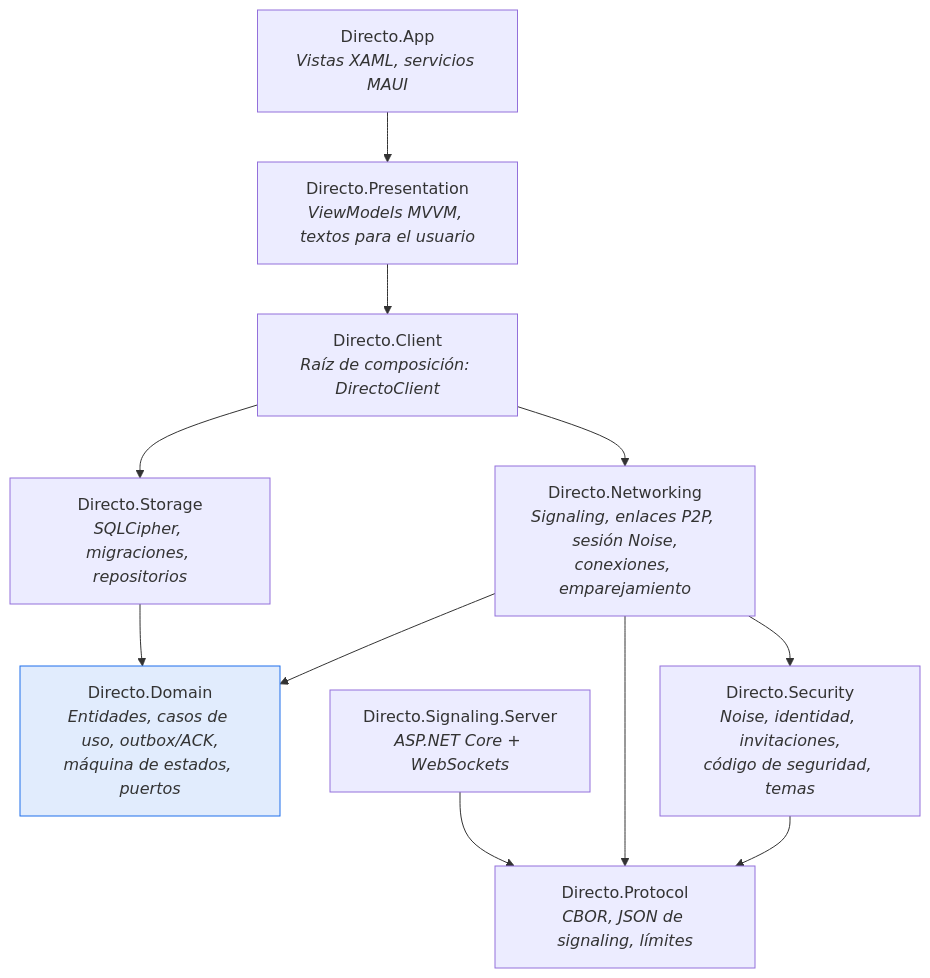
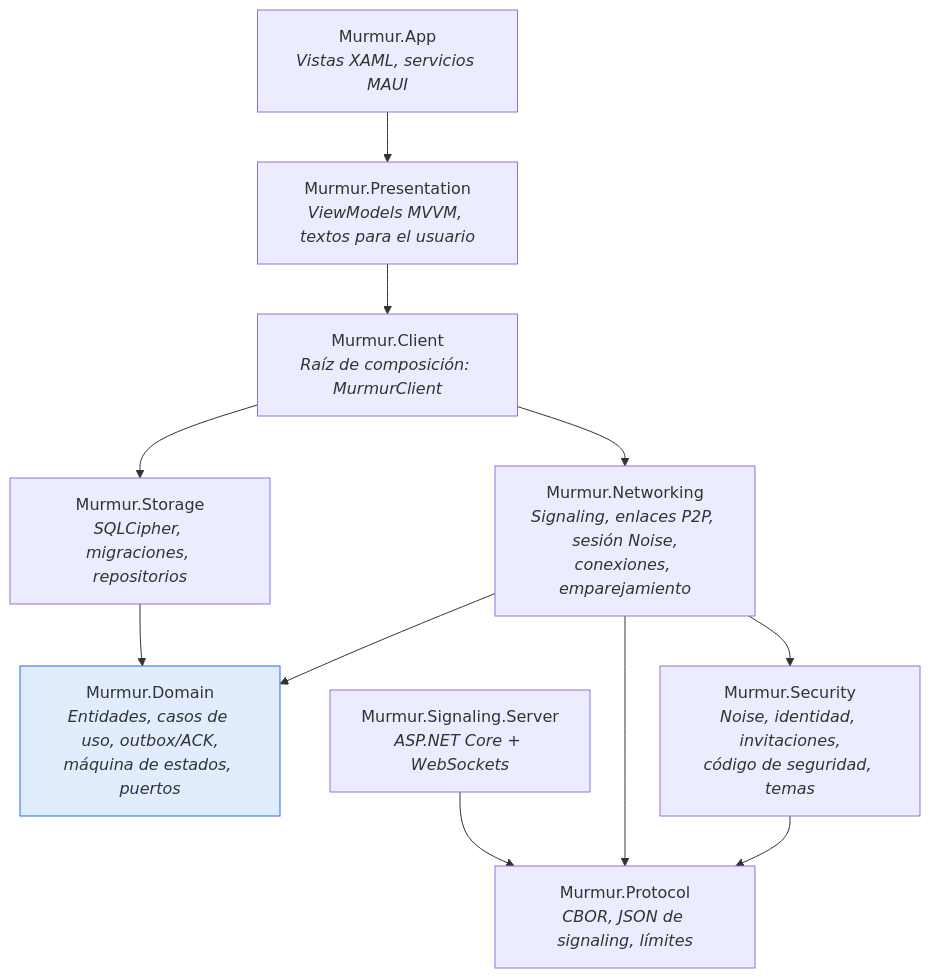
Before and after one commit to fsoftt/Murmur: the first of 4 diagrams in website/guide/architecture.md, drawn with Mermaid. The commit also changed other lines of this file and 379 other files, not shown here.

````diff
--- a/website/guide/architecture.md
+++ b/website/guide/architecture.md
@@ -8,16 +8,16 @@
 ```mermaid
 flowchart TB
-    App["Directo.App<br/><i>Vistas XAML, servicios MAUI</i>"] --> Presentation
-    Presentation["Directo.Presentation<br/><i>ViewModels MVVM, textos para el usuario</i>"] --> Client
-    Client["Directo.Client<br/><i>Raíz de composición: DirectoClient</i>"] --> Networking & Storage
-    Networking["Directo.Networking<br/><i>Signaling, enlaces P2P, sesión Noise,<br/>conexiones, emparejamiento</i>"] --> Domain & Security
-    Storage["Directo.Storage<br/><i>SQLCipher, migraciones, repositorios</i>"] --> Domain
-    Security["Directo.Security<br/><i>Noise, identidad, invitaciones,<br/>código de seguridad, temas</i>"] --> Protocol
+    App["Murmur.App<br/><i>Vistas XAML, servicios MAUI</i>"] --> Presentation
+    Presentation["Murmur.Presentation<br/><i>ViewModels MVVM, textos para el usuario</i>"] --> Client
+    Client["Murmur.Client<br/><i>Raíz de composición: MurmurClient</i>"] --> Networking & Storage
+    Networking["Murmur.Networking<br/><i>Signaling, enlaces P2P, sesión Noise,<br/>conexiones, emparejamiento</i>"] --> Domain & Security
+    Storage["Murmur.Storage<br/><i>SQLCipher, migraciones, repositorios</i>"] --> Domain
+    Security["Murmur.Security<br/><i>Noise, identidad, invitaciones,<br/>código de seguridad, temas</i>"] --> Protocol
     Networking --> Protocol
-    Protocol["Directo.Protocol<br/><i>CBOR, JSON de signaling, límites</i>"]
-    Domain["Directo.Domain<br/><i>Entidades, casos de uso, outbox/ACK,<br/>máquina de estados, puertos</i>"]
-    Server["Directo.Signaling.Server<br/><i>ASP.NET Core + WebSockets</i>"] --> Protocol
+    Protocol["Murmur.Protocol<br/><i>CBOR, JSON de signaling, límites</i>"]
+    Domain["Murmur.Domain<br/><i>Entidades, casos de uso, outbox/ACK,<br/>máquina de estados, puertos</i>"]
+    Server["Murmur.Signaling.Server<br/><i>ASP.NET Core + WebSockets</i>"] --> Protocol
 
     classDef core fill:#1f6feb22,stroke:#1f6feb
     class Domain core
 ```
````
